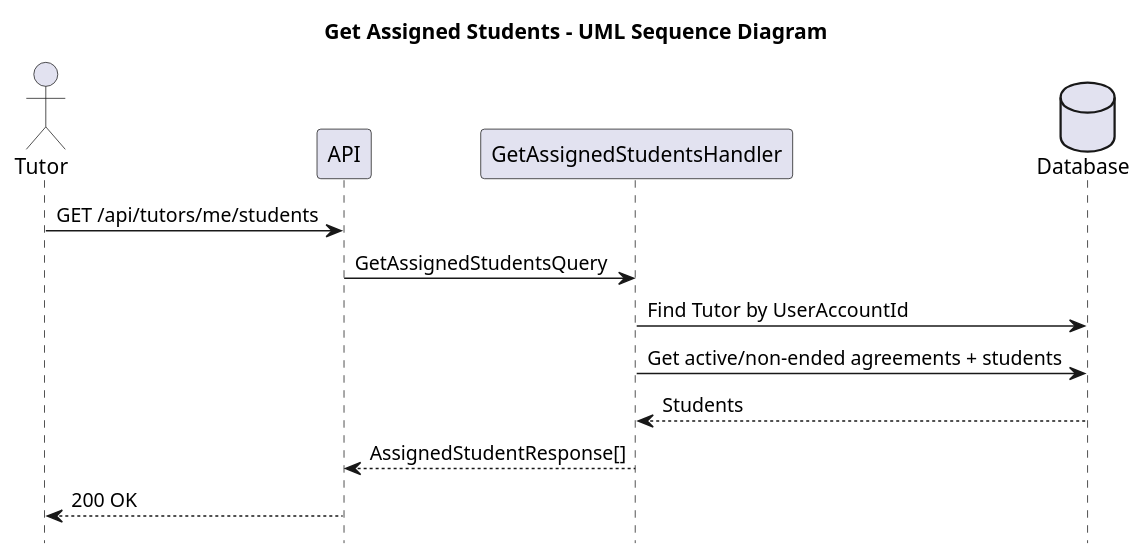
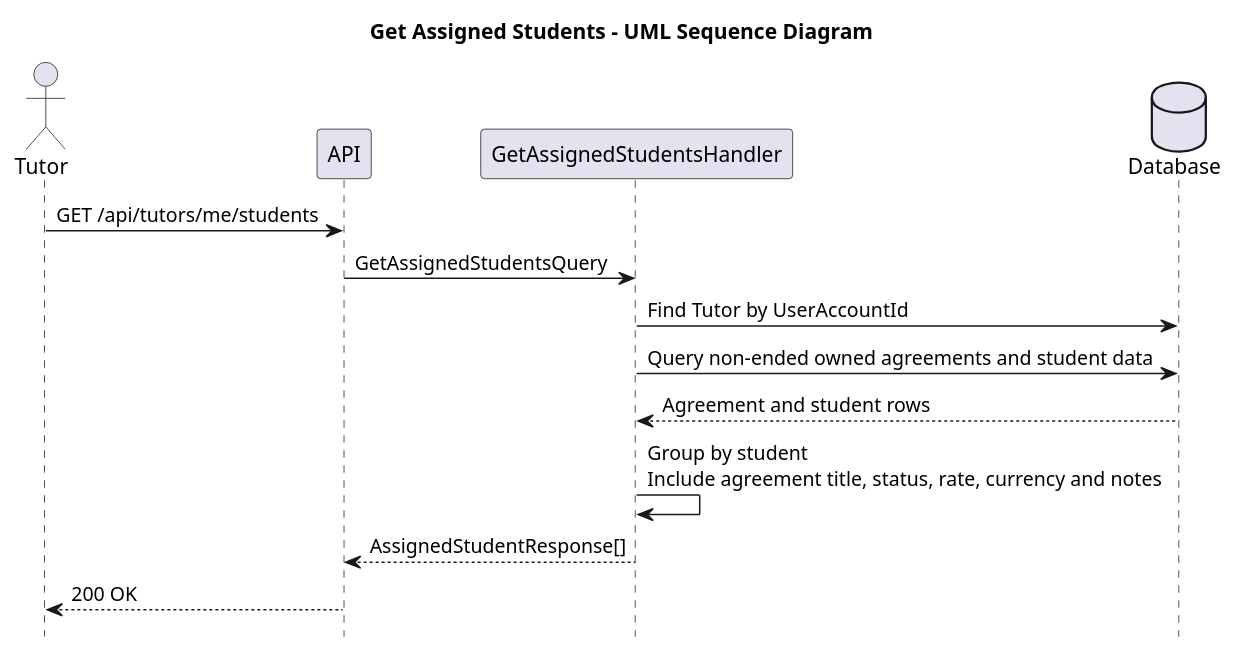
The diagram in docs/technical_docs/backend_docs/user_stories/us_005/diagrams/get_assigned_students.puml (JStec0312/Tutoring-CRM-System), drawn with PlantUML before and after one commit. The commit also changed 50 other files, not shown here.

```diff
--- a/docs/technical_docs/backend_docs/user_stories/us_005/diagrams/get_assigned_students.puml
+++ b/docs/technical_docs/backend_docs/user_stories/us_005/diagrams/get_assigned_students.puml
@@ -1,21 +1,22 @@
 @startuml get_assigned_students
 skinparam backgroundColor white
 
 title Get Assigned Students - UML Sequence Diagram
 
 hide footbox
 
 actor Tutor
 participant API
 participant GetAssignedStudentsHandler
 database Database
 
 Tutor -> API: GET /api/tutors/me/students
 API -> GetAssignedStudentsHandler: GetAssignedStudentsQuery
 GetAssignedStudentsHandler -> Database: Find Tutor by UserAccountId
-GetAssignedStudentsHandler -> Database: Get active/non-ended agreements + students
-Database --> GetAssignedStudentsHandler: Students
+GetAssignedStudentsHandler -> Database: Query non-ended owned agreements and student data
+Database --> GetAssignedStudentsHandler: Agreement and student rows
+GetAssignedStudentsHandler -> GetAssignedStudentsHandler: Group by student\nInclude agreement title, status, rate, currency and notes
 GetAssignedStudentsHandler --> API: AssignedStudentResponse[]
 API --> Tutor: 200 OK
 
 @enduml
```
